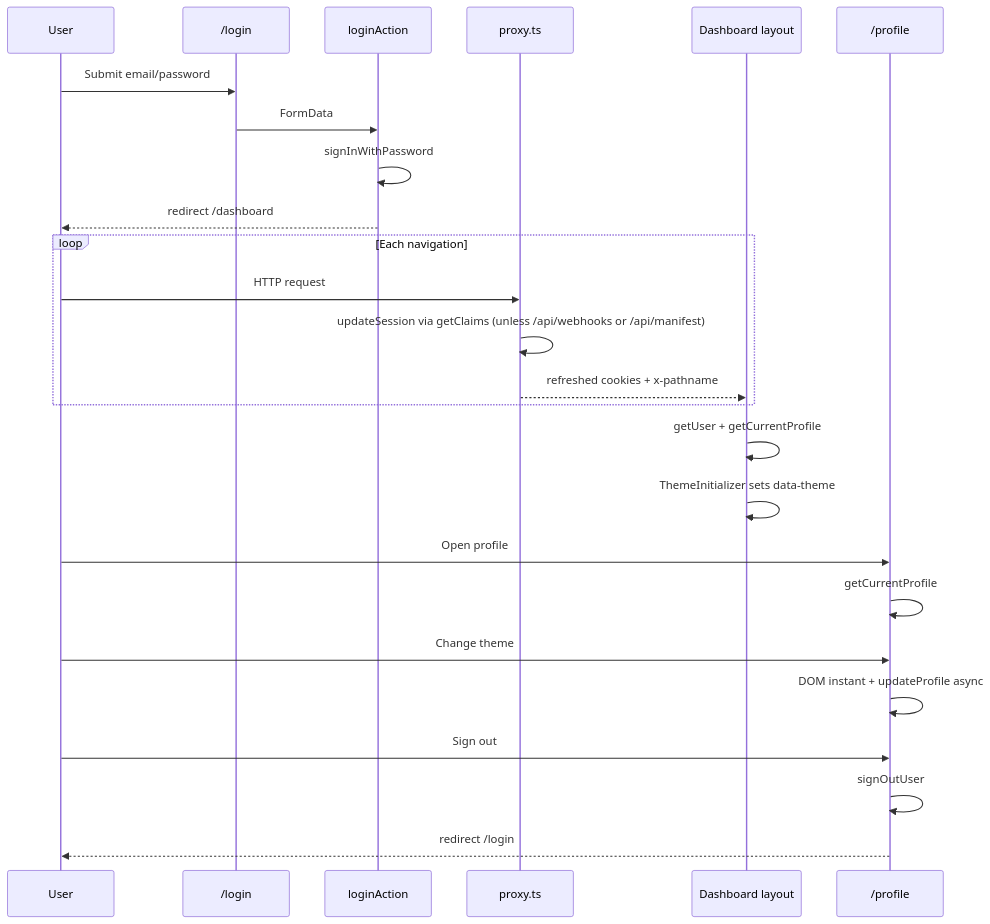
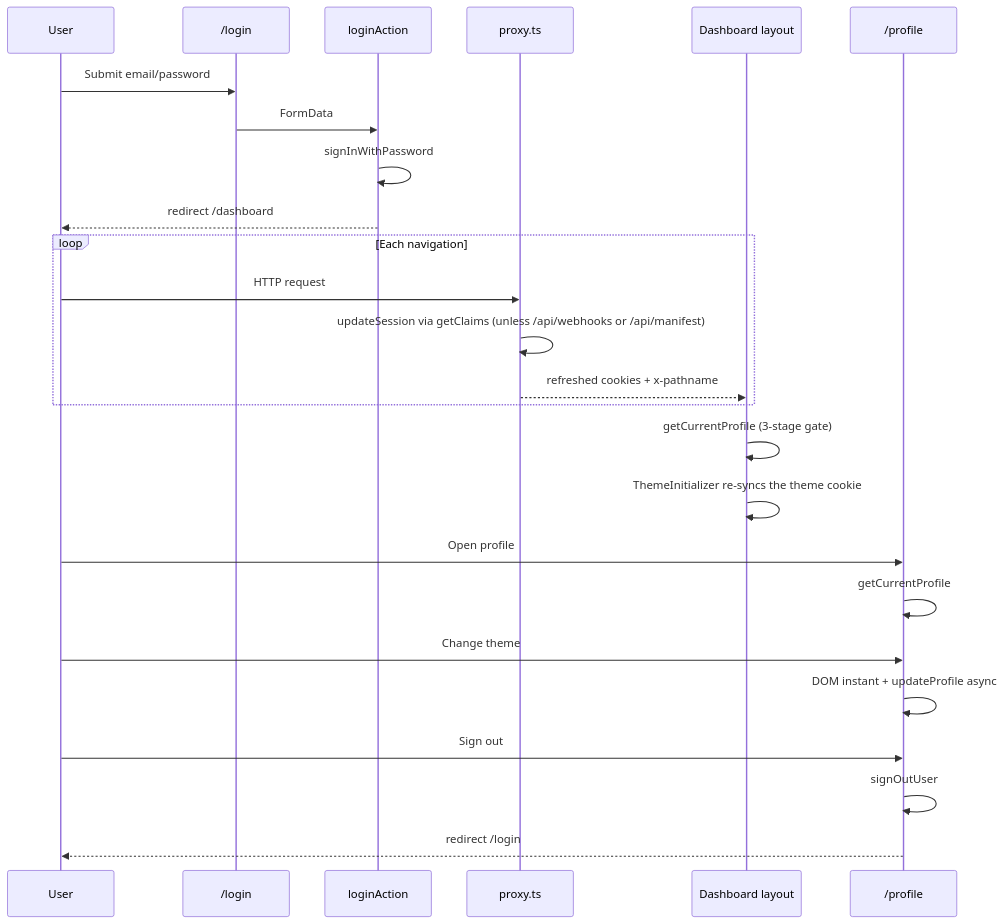
The diagram in docs/pages/auth.md (Indulge-Builder/serene), drawn with Mermaid before and after one commit. The commit also changed other lines of this file and 269 other files, not shown here.

````diff
--- a/docs/pages/auth.md
+++ b/docs/pages/auth.md
@@ -420,28 +412,28 @@
 ```mermaid
 sequenceDiagram
   participant U as User
   participant L as /login
   participant A as loginAction
   participant P as proxy.ts
   participant D as Dashboard layout
   participant Pr as /profile
 
   U->>L: Submit email/password
   L->>A: FormData
   A->>A: signInWithPassword
   A-->>U: redirect /dashboard
   loop Each navigation
     U->>P: HTTP request
     P->>P: updateSession via getClaims (unless /api/webhooks or /api/manifest)
     P-->>D: refreshed cookies + x-pathname
   end
-  D->>D: getUser + getCurrentProfile
-  D->>D: ThemeInitializer sets data-theme
+  D->>D: getCurrentProfile (3-stage gate)
+  D->>D: ThemeInitializer re-syncs the theme cookie
   U->>Pr: Open profile
   Pr->>Pr: getCurrentProfile
   U->>Pr: Change theme
   Pr->>Pr: DOM instant + updateProfile async
   U->>Pr: Sign out
   Pr->>Pr: signOutUser
   Pr-->>U: redirect /login
 ```
````
